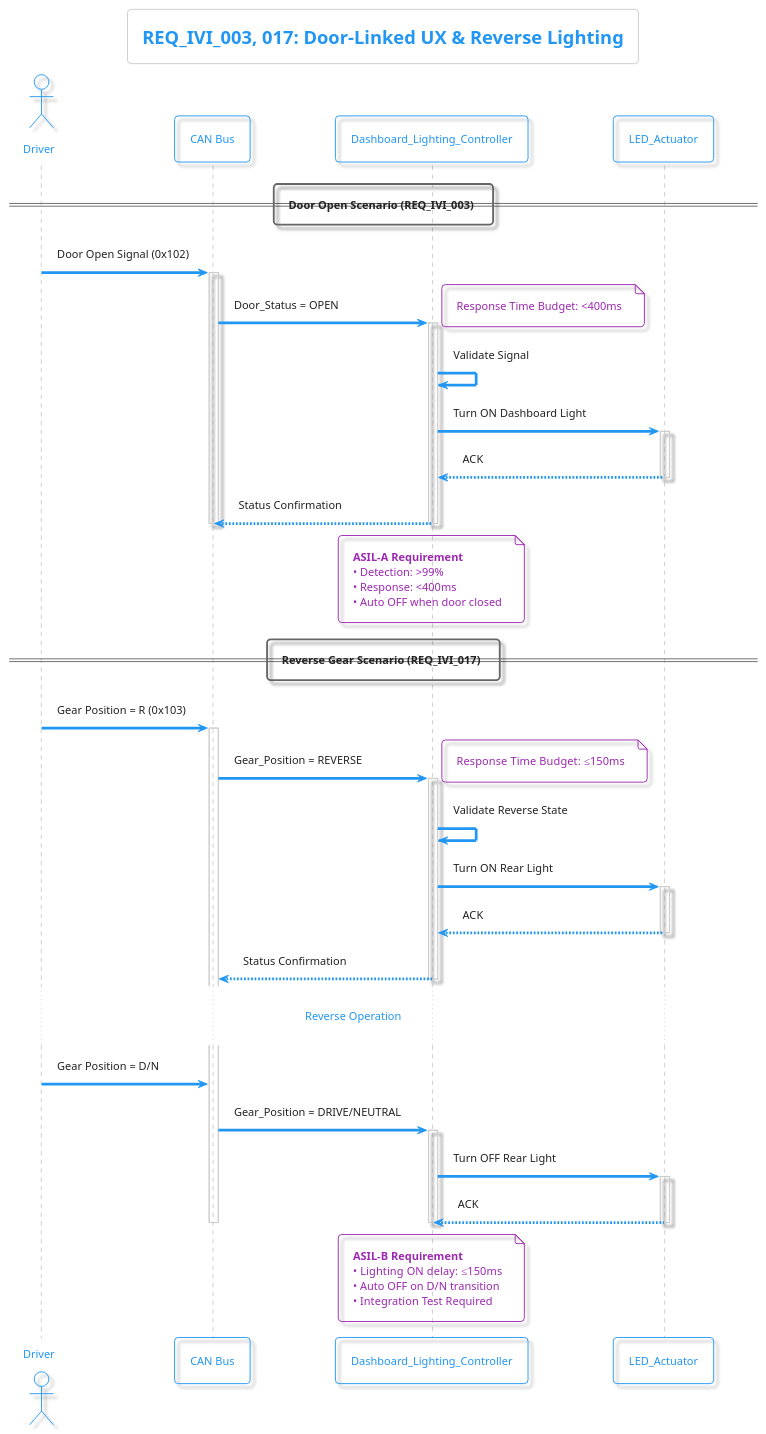
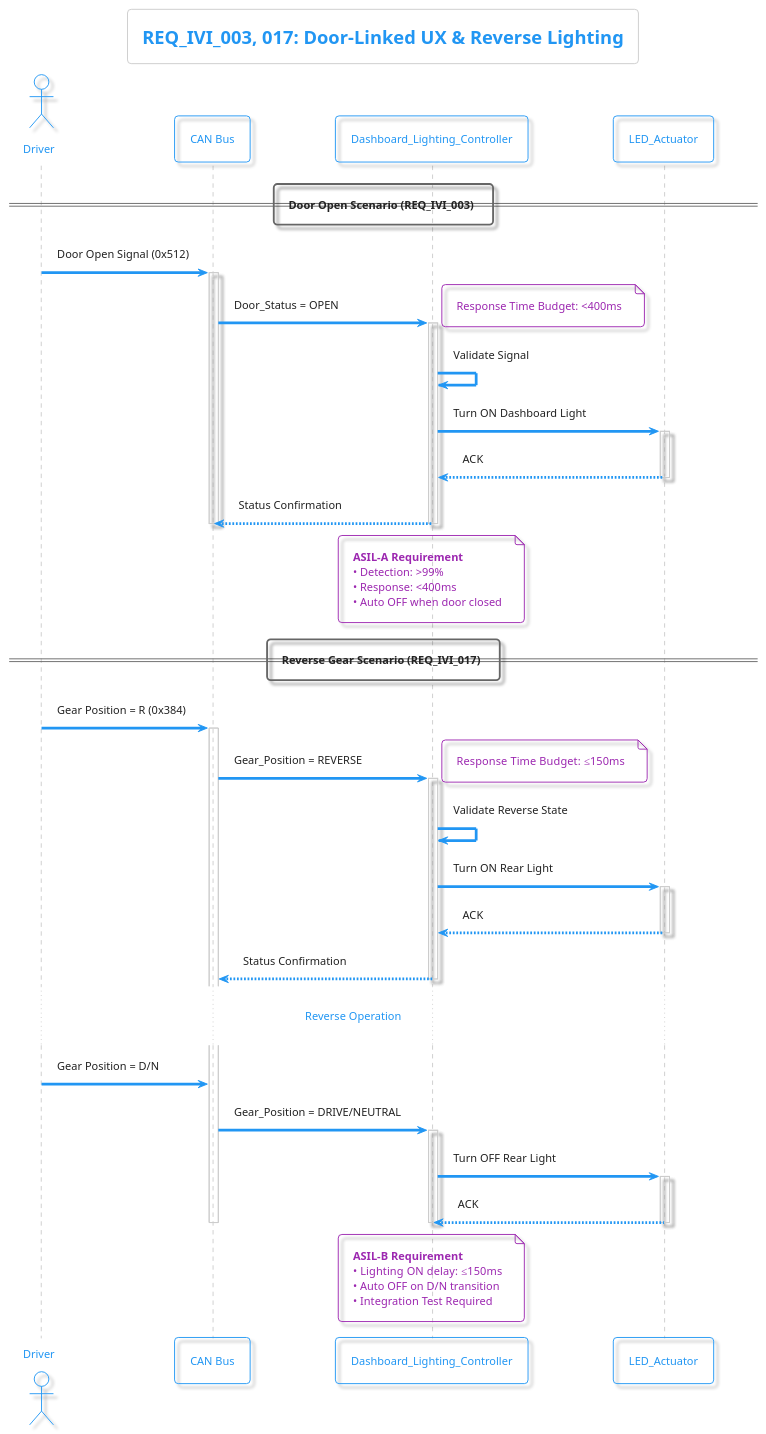
The third of 4 diagrams in architecture/system-architecture/diagrams/level4_ivi_ecu/functional_components/11_lighting_control.puml (VectorCANoe/canoe-driving-alert), drawn with PlantUML before and after one commit. The commit also changed other lines of this file and 40 other files, not shown here.

First line of the commit message:
feat: Update Level 1-4 architecture diagrams with new ECUs and sensors

```diff
--- a/architecture/system-architecture/diagrams/level4_ivi_ecu/functional_components/11_lighting_control.puml
+++ b/architecture/system-architecture/diagrams/level4_ivi_ecu/functional_components/11_lighting_control.puml
@@ -169,72 +202,72 @@
 @startuml
 !theme materia-outline
 
 title REQ_IVI_003, 017: Door-Linked UX & Reverse Lighting
 
 actor "Driver" as Driver
 participant "CAN Bus" as CAN
 participant "Dashboard_Lighting_Controller" as DLC
 participant "LED_Actuator" as LED
 
 == Door Open Scenario (REQ_IVI_003) ==
 
-Driver -> CAN : Door Open Signal (0x102)
+Driver -> CAN : Door Open Signal (0x512)
 activate CAN
 CAN -> DLC : Door_Status = OPEN
 activate DLC
 note right: Response Time Budget: <400ms
 
 DLC -> DLC : Validate Signal
 DLC -> LED : Turn ON Dashboard Light
 activate LED
 LED --> DLC : ACK
 deactivate LED
 
 DLC --> CAN : Status Confirmation
 deactivate DLC
 deactivate CAN
 
 note over DLC
     **ASIL-A Requirement**
     • Detection: >99%
     • Response: <400ms
     • Auto OFF when door closed
 end note
 
 == Reverse Gear Scenario (REQ_IVI_017) ==
 
-Driver -> CAN : Gear Position = R (0x103)
+Driver -> CAN : Gear Position = R (0x384)
 activate CAN
 CAN -> DLC : Gear_Position = REVERSE
 activate DLC
 note right: Response Time Budget: ≤150ms
 
 DLC -> DLC : Validate Reverse State
 DLC -> LED : Turn ON Rear Light
 activate LED
 LED --> DLC : ACK
 deactivate LED
 
 DLC --> CAN : Status Confirmation
 deactivate DLC
 
 ... Reverse Operation ...
 
 Driver -> CAN : Gear Position = D/N
 CAN -> DLC : Gear_Position = DRIVE/NEUTRAL
 activate DLC
 DLC -> LED : Turn OFF Rear Light
 activate LED
 LED --> DLC : ACK
 deactivate LED
 deactivate DLC
 deactivate CAN
 
 note over DLC
     **ASIL-B Requirement**
     • Lighting ON delay: ≤150ms
     • Auto OFF on D/N transition
     • Integration Test Required
 end note
 
 @enduml
```
